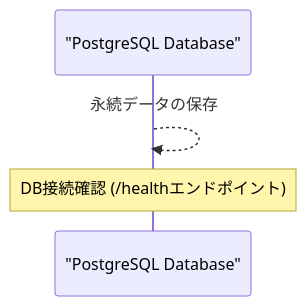
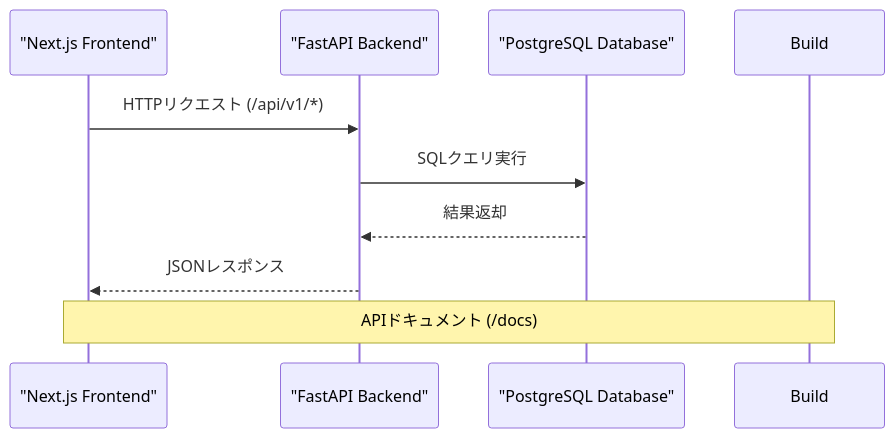
One commit to ss8806/Todos changed the third of 11 diagrams in .qoder/repowiki/ja/content/Dockerコンテナ化.md. Above: the diagram before and after it, drawn with Mermaid. The commit also changed other lines of this file and 11 other files, not shown here.

````diff
--- a/.qoder/repowiki/ja/content/Dockerコンテナ化.md
+++ b/.qoder/repowiki/ja/content/Dockerコンテナ化.md
@@ -95,6 +136,11 @@
 ```mermaid
 sequenceDiagram
+participant Frontend as "Next.js Frontend"
+participant Backend as "FastAPI Backend"
 participant Database as "PostgreSQL Database"
-Database-->>Database : 永続データの保存
-Note over Database : DB接続確認 (/healthエンドポイント)
+Frontend->>Backend : HTTPリクエスト (/api/v1/*)
+Backend->>Database : SQLクエリ実行
+Database-->>Backend : 結果返却
+Backend-->>Frontend : JSONレスポンス
+Note over Frontend,Build : APIドキュメント (/docs)
 ```
````
